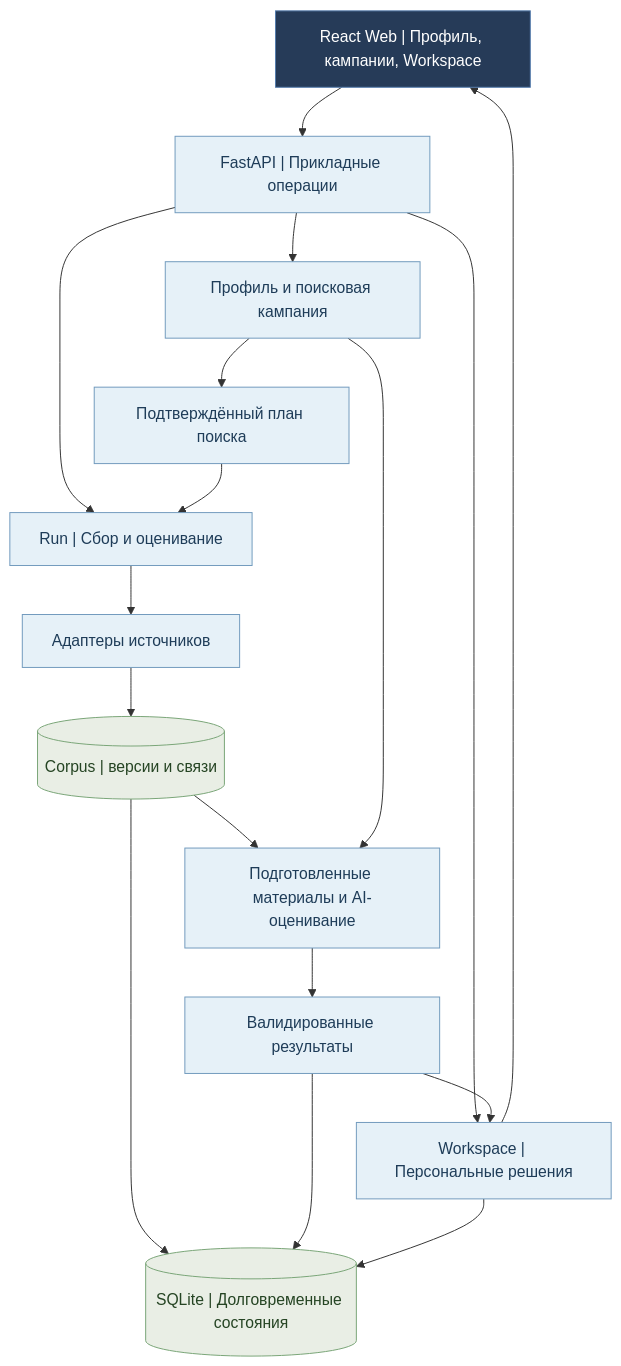
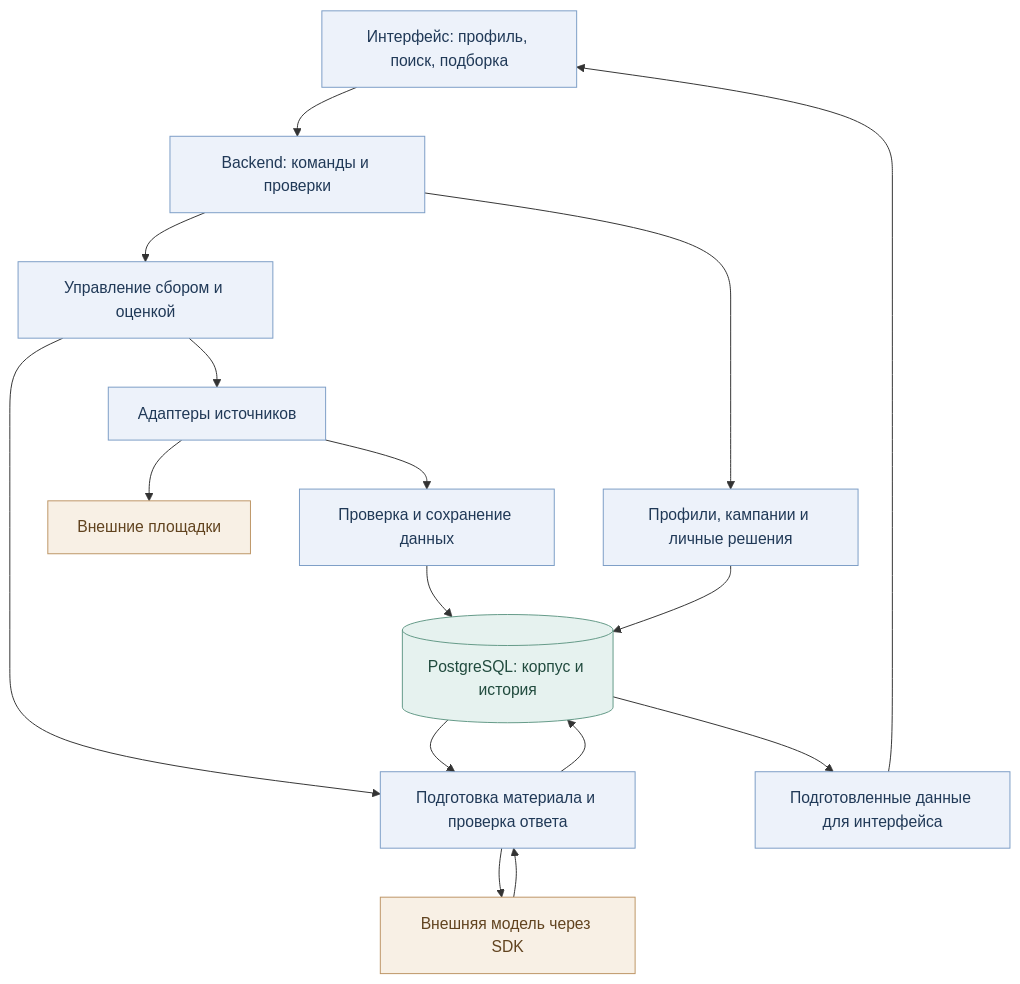
Before and after one commit to Vkuvalin/vacancy_collector_public: the fifth of 5 diagrams in PRESENTATION.md, drawn with Mermaid. The commit also changed other lines of this file and 2 other files, not shown here.

````diff
--- a/PRESENTATION.md
+++ b/PRESENTATION.md
@@ -154,25 +163,24 @@
 ```mermaid
 flowchart TB
-    W["React Web | Профиль, кампании, Workspace"] --> A["FastAPI | Прикладные операции"]
-    A --> P["Профиль и поисковая кампания"]
-    A --> R["Run | Сбор и оценивание"]
-    A --> U["Workspace | Персональные решения"]
-    P --> Q["Подтверждённый план поиска"]
-    Q --> R
+    UI["Интерфейс: профиль, поиск, подборка"] --> API["Backend: команды и проверки"]
+    API --> C["Профили, кампании и личные решения"]
+    API --> R["Управление сбором и оценкой"]
     R --> S["Адаптеры источников"]
-    S --> D[("Corpus | версии и связи")]
-    D --> E["Подготовленные материалы и AI-оценивание"]
-    P --> E
-    E --> O["Валидированные результаты"]
-    O --> U
-    U --> W
-    D --> DB[("SQLite | Долговременные состояния")]
-    O --> DB
-    U --> DB
-    classDef ui fill:#263b58,stroke:#557cad,color:#fff;
-    classDef logic fill:#e6f1f8,stroke:#719abd,color:#1e3c58;
-    classDef data fill:#e9eee5,stroke:#78a476,color:#254423;
-    class W ui;
-    class A,P,Q,R,S,E,O,U logic;
-    class D,DB data;
+    S --> EXT["Внешние площадки"]
+    S --> INGEST["Проверка и сохранение данных"]
+    INGEST --> D[("PostgreSQL: корпус и история")]
+    C --> D
+    R --> E["Подготовка материала и проверка ответа"]
+    D --> E
+    E --> LLM["Внешняя модель через SDK"]
+    LLM --> E
+    E --> D
+    D --> V["Подготовленные данные для интерфейса"]
+    V --> UI
+    classDef app fill:#edf2fa,stroke:#7c9dc6,color:#203957
+    classDef external fill:#f8f0e5,stroke:#bd9565,color:#61431f
+    classDef data fill:#e6f2ef,stroke:#639987,color:#214b3e
+    class UI,API,C,R,S,INGEST,E,V app
+    class EXT,LLM external
+    class D data
 ```
````
